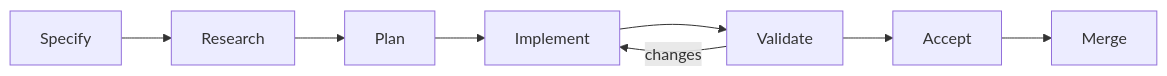
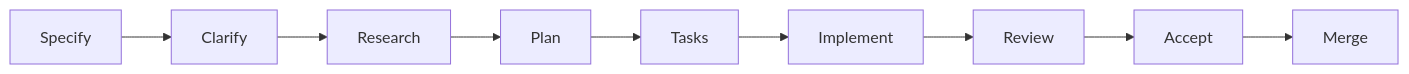
One commit to KooshaPari/AgilePlus changed the diagram in docs/guide/workflow.md. Above: the diagram before and after it, drawn with Mermaid. The commit also changed other lines of this file and 47 other files, not shown here.

First line of the commit message:
docs: expand all 50+ doc pages with comprehensive content, mermaid diagrams

````diff
--- a/docs/guide/workflow.md
+++ b/docs/guide/workflow.md
@@ -9,10 +11,11 @@
 ```mermaid
 graph LR
-    S[Specify] --> R[Research]
+    S[Specify] --> C[Clarify]
+    C --> R[Research]
     R --> P[Plan]
-    P --> I[Implement]
-    I --> V[Validate]
-    V -->|changes| I
-    V --> A[Accept]
+    P --> T[Tasks]
+    T --> I[Implement]
+    I --> RV[Review]
+    RV --> A[Accept]
     A --> M[Merge]
 ```
````
